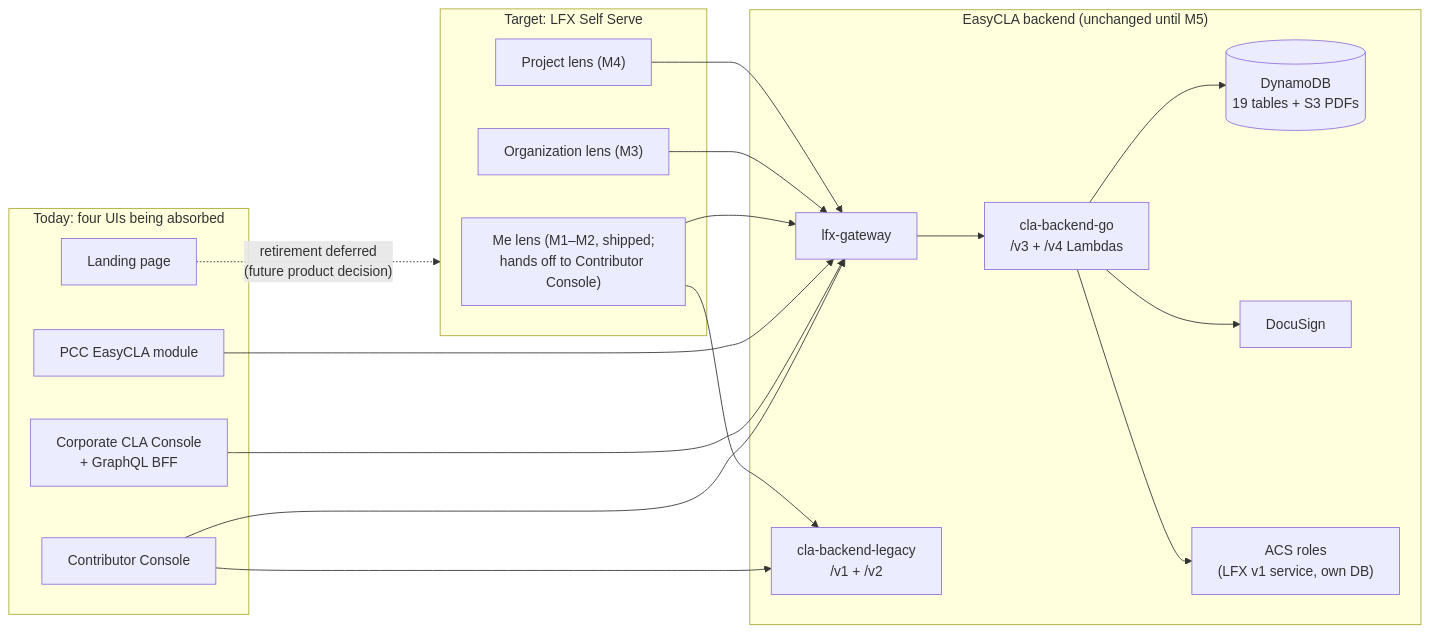
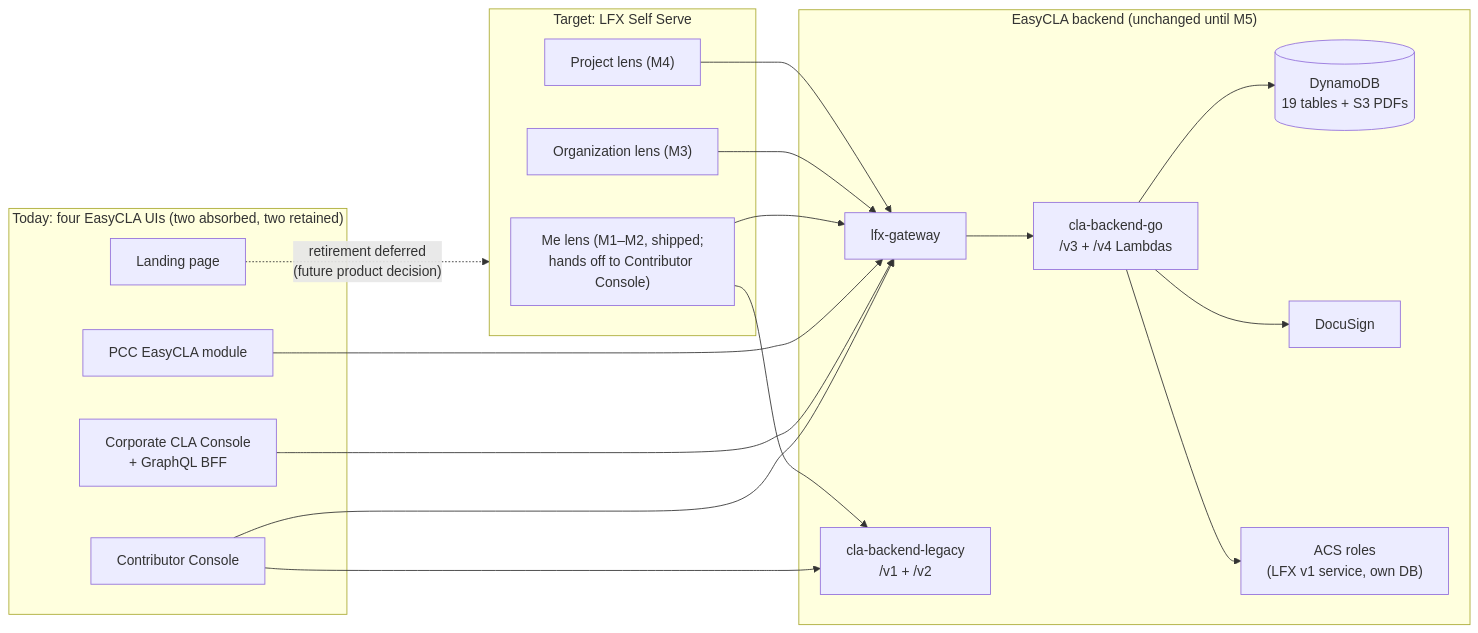
The diagram in docs/easycla-ss-migration/architecture-proposal.md (linuxfoundation/easycla), drawn with Mermaid before and after one commit. The commit also changed other lines of this file and 3 other files, not shown here.

````diff
--- a/docs/easycla-ss-migration/architecture-proposal.md
+++ b/docs/easycla-ss-migration/architecture-proposal.md
@@ -15,35 +15,35 @@
 ```mermaid
 flowchart LR
-    subgraph TODAY["Today: four UIs being absorbed"]
+    subgraph TODAY["Today: four EasyCLA UIs (two absorbed, two retained)"]
         CTC["Contributor Console"]
         CCC["Corporate CLA Console<br/>+ GraphQL BFF"]
         PCC["PCC EasyCLA module"]
         LP["Landing page"]
     end
     subgraph TARGET["Target: LFX Self Serve"]
         ME["Me lens (M1–M2, shipped;<br/>hands off to Contributor Console)"]
         ORG["Organization lens (M3)"]
         PRJ["Project lens (M4)"]
     end
     subgraph BACKEND["EasyCLA backend (unchanged until M5)"]
         GW["lfx-gateway"]
         V4["cla-backend-go<br/>/v3 + /v4 Lambdas"]
         LEG["cla-backend-legacy<br/>/v1 + /v2"]
         DDB[("DynamoDB<br/>19 tables + S3 PDFs")]
         DS["DocuSign"]
         ACS2["ACS roles<br/>(LFX v1 service, own DB)"]
     end
     CTC --> GW
     CCC --> GW
     PCC --> GW
     ME --> GW
     ORG --> GW
     PRJ --> GW
     CTC --> LEG
     ME --> LEG
     GW --> V4
     V4 --> DDB
     V4 --> DS
     V4 --> ACS2
     LP -.->|"retirement deferred<br/>(future product decision)"| TARGET
 ```
````
